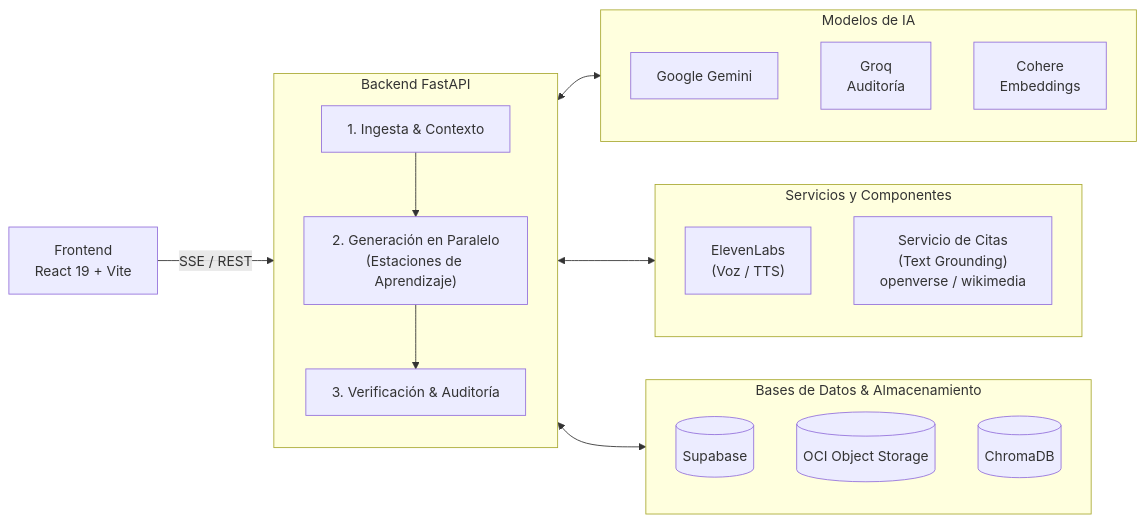
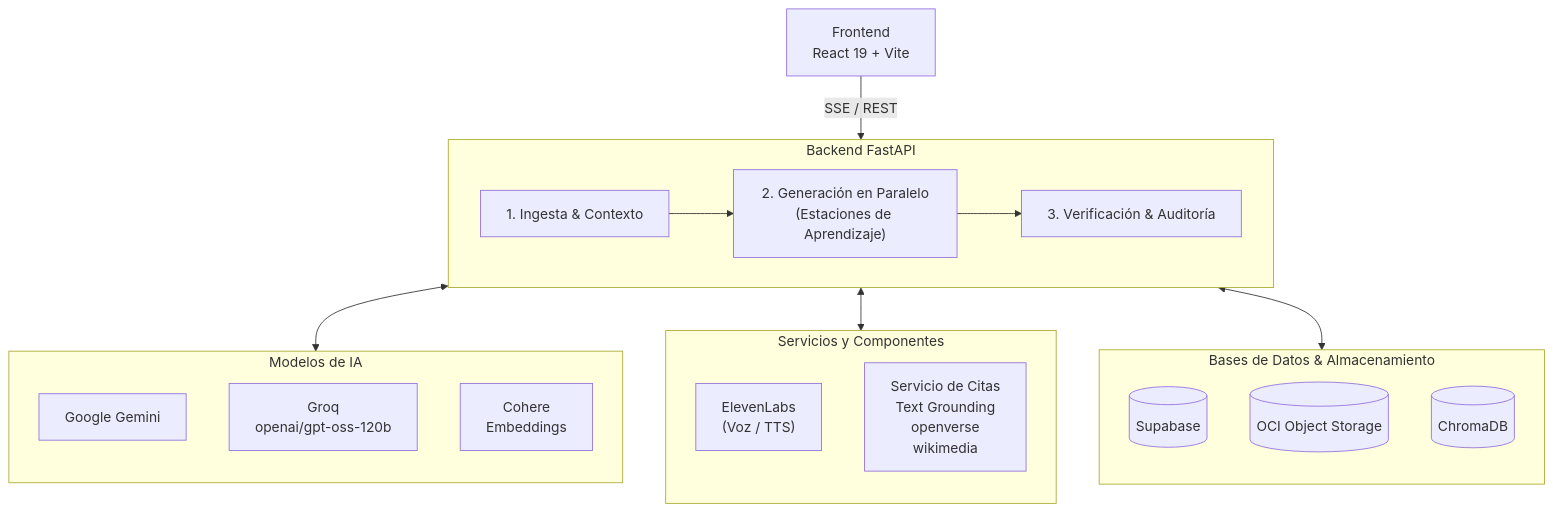
The diagram in README.md (No-Country-simulation/G10-LATAM-equipo10NovaMind), drawn with Mermaid before and after one commit. The commit also changed other lines of this file and 4 other files, not shown here.

````diff
--- a/README.md
+++ b/README.md
@@ -154,33 +55,34 @@
 ```mermaid
-flowchart LR
+flowchart TD
     FE["Frontend<br/>React 19 + Vite"] -->|"SSE / REST"| BE
 
     subgraph BE["Backend FastAPI"]
-        direction TB
+        direction LR
         P1["1. Ingesta & Contexto"] --> P2["2. Generación en Paralelo<br/>(Estaciones de Aprendizaje)"] --> P3["3. Verificación & Auditoría"]
     end
 
     subgraph IA["Modelos de IA"]
         direction TB
         GEM["Google Gemini"]
-        GROQ["Groq<br/>Auditoría"]
+        GROQ["Groq<br/>openai/gpt-oss-120b"]
         COH["Cohere<br/>Embeddings"]
     end
 
     subgraph EXT["Servicios y Componentes"]
         direction TB
         VOZ["ElevenLabs<br/>(Voz / TTS)"]
-        CITAS["Servicio de Citas<br/>(Text Grounding)<br/>openverse / wikimedia"]
+        CITAS["Servicio de Citas<br/>Text Grounding<br/>openverse<br/>wikimedia"]
     end
 
     subgraph BD["Bases de Datos & Almacenamiento"]
         direction TB
         SUP[("Supabase")]
         OCI[("OCI Object Storage")]
         CHR[("ChromaDB")]
     end
 
     BE <--> IA
     BE <--> EXT
     BE <--> BD
+
 ```
````
